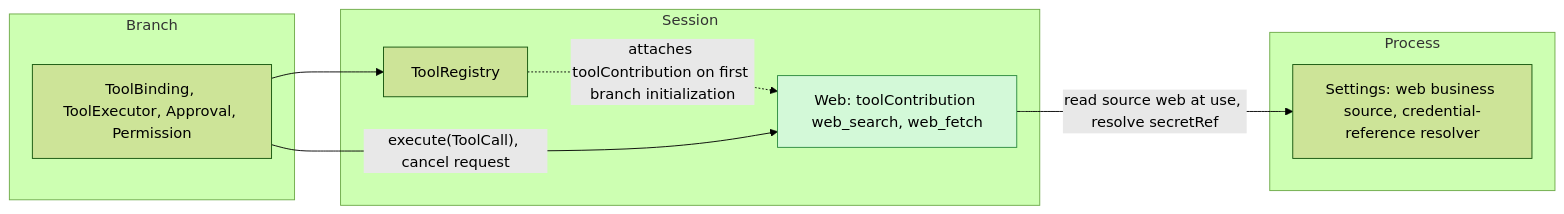
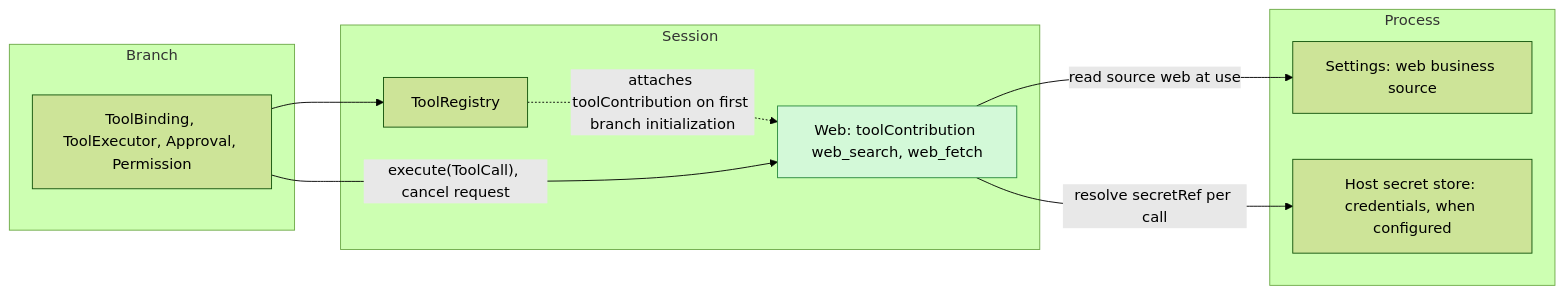
One commit to CoutinhoTTS/dim-agent changed the first of 5 diagrams in docs/design/plugins/Web.md. Above: the diagram before and after it, drawn with Mermaid (forest theme). The commit also changed other lines of this file and 1 other file, not shown here.

Commit message:
docs(web): bind the design to delivered C4 and Settings services

````diff
--- a/docs/design/plugins/Web.md
+++ b/docs/design/plugins/Web.md
@@ -9,18 +9,20 @@
 ```mermaid
 flowchart LR
   subgraph PROC["Process"]
-    Settings["Settings: web business source, credential-reference resolver"]
+    Settings["Settings: web business source"]
+    Credentials["Host secret store: credentials, when configured"]
   end
   subgraph SESS["Session"]
     Web["Web: toolContribution web_search, web_fetch"]:::new
     ToolRegistry["ToolRegistry"]
   end
   subgraph BR["Branch"]
     Exec["ToolBinding, ToolExecutor, Approval, Permission"]
   end
-  Web -->|"read source web at use, resolve secretRef"| Settings
+  Web -->|"read source web at use"| Settings
+  Web -->|"resolve secretRef per call"| Credentials
   ToolRegistry -.->|"attaches toolContribution on first branch initialization"| Web
   Exec --> ToolRegistry
   Exec -->|"execute(ToolCall), cancel request"| Web
   classDef new fill:#d3f9d8,stroke:#2b8a3e,color:#000
 ```
````
